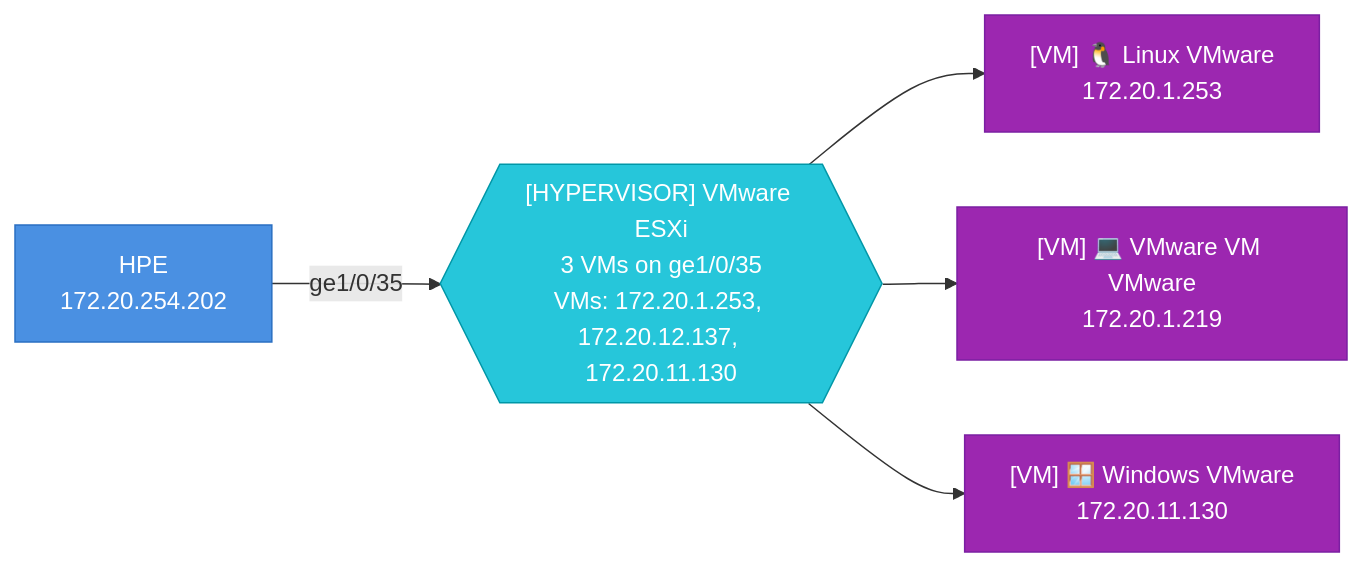
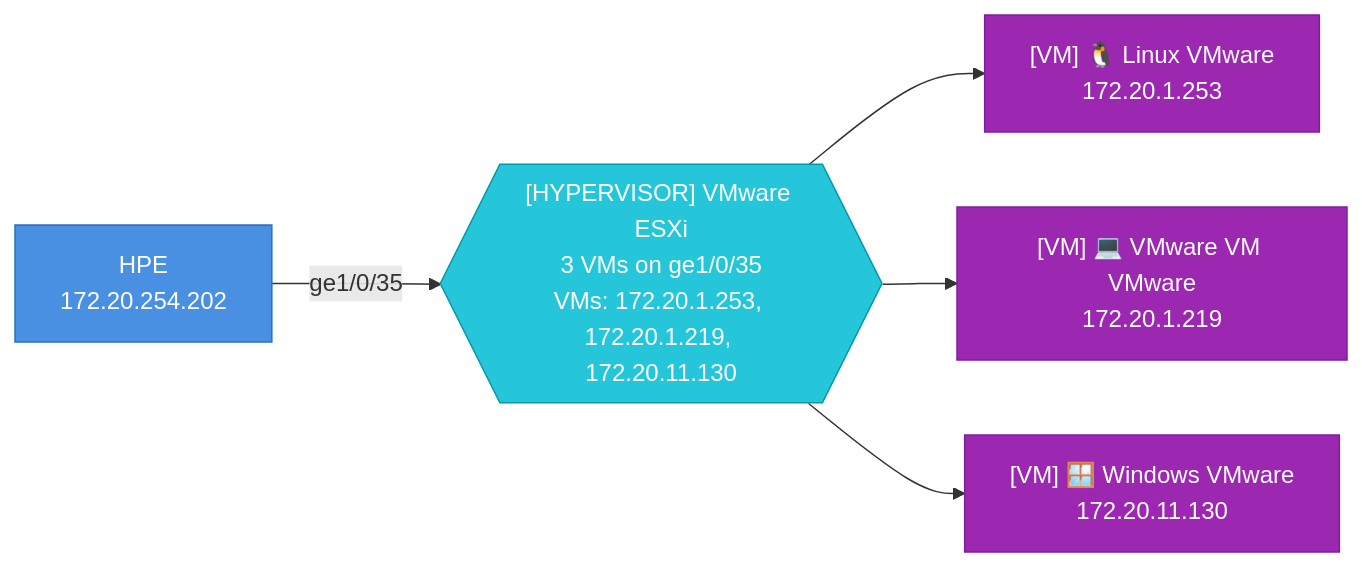
Before and after one commit to djamic/LLDP-Skanner-Go: diagram 47 of 47 in testdata/golden/audit_default.md, drawn with Mermaid. The commit also changed other lines of this file and 11 other files, not shown here.

````diff
--- a/testdata/golden/audit_default.md
+++ b/testdata/golden/audit_default.md
@@ -2726,17 +2726,17 @@
 ```mermaid
 graph LR
-  hyp_4caea38deec9_ge1_0_35{{"[HYPERVISOR] VMware ESXi<br>3 VMs on ge1/0/35<br>VMs: 172.20.1.253, 172.20.12.137, 172.20.11.130"}}
+  hyp_4caea38deec9_ge1_0_35{{"[HYPERVISOR] VMware ESXi<br>3 VMs on ge1/0/35<br>VMs: 172.20.1.253, 172.20.1.219, 172.20.11.130"}}
   4caea38deec9["HPE<br>172.20.254.202"]
   4caea38deec9-- "ge1/0/35" -->hyp_4caea38deec9_ge1_0_35
   style 4caea38deec9 fill:#4A90E2,stroke:#2A6FC2,color:#fff
   000c292c884a["[VM] 🐧 Linux VMware<br>172.20.1.253"]
   hyp_4caea38deec9_ge1_0_35-->000c292c884a
   style 000c292c884a fill:#9C27B0,stroke:#7B1FA2,color:#fff
   000c298e31bb["[VM] 💻 VMware VM VMware<br>172.20.1.219"]
   hyp_4caea38deec9_ge1_0_35-->000c298e31bb
   style 000c298e31bb fill:#9C27B0,stroke:#7B1FA2,color:#fff
   000c29bb0142["[VM] 🪟 Windows VMware<br>172.20.11.130"]
   hyp_4caea38deec9_ge1_0_35-->000c29bb0142
   style 000c29bb0142 fill:#9C27B0,stroke:#7B1FA2,color:#fff
   style hyp_4caea38deec9_ge1_0_35 fill:#26C6DA,stroke:#0097A7,color:#fff
 ```
````
